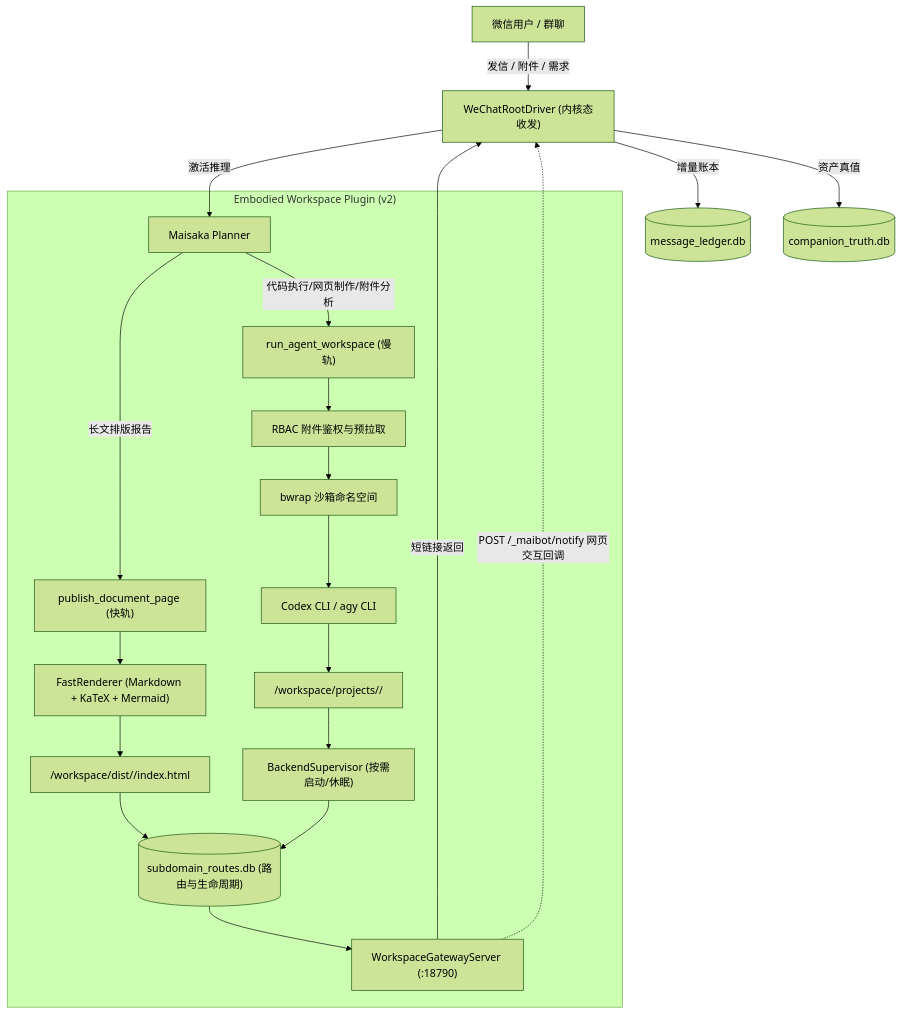
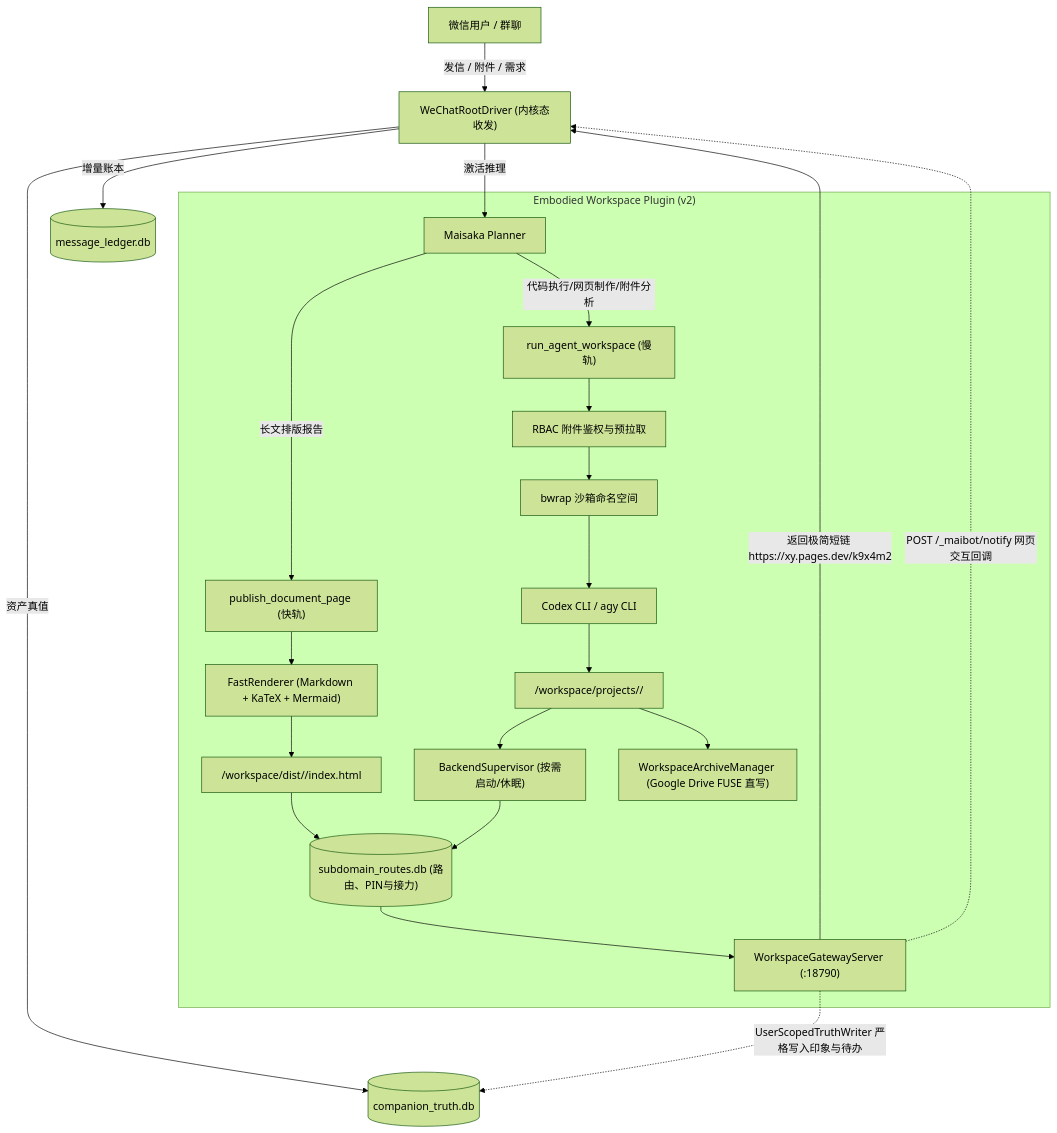
The first of 5 diagrams in docs/EMBODIED_WORKSPACE_ITERATION.md (paff67/MaiBot), drawn with Mermaid (forest theme) before and after one commit. The commit also changed other lines of this file and 8 other files, not shown here.

Commit message:
feat(workspace): implement phase 2 single-level domain, CF Pages trampoline, truth isolation, and auth handoff

````diff
--- a/docs/EMBODIED_WORKSPACE_ITERATION.md
+++ b/docs/EMBODIED_WORKSPACE_ITERATION.md
@@ -46,31 +52,33 @@
 ```mermaid
 flowchart TD
     User["微信用户 / 群聊"] -->|发信 / 附件 / 需求| WeChatDriver["WeChatRootDriver (内核态收发)"]
     WeChatDriver -->|增量账本| Ledger[("message_ledger.db")]
     WeChatDriver -->|资产真值| Truth[("companion_truth.db")]
     
     WeChatDriver -->|激活推理| Planner["Maisaka Planner"]
     
     subgraph EmbodiedWorkspacePlugin["Embodied Workspace Plugin (v2)"]
         Planner -->|长文排版报告| FastTrack["publish_document_page (快轨)"]
         Planner -->|代码执行/网页制作/附件分析| SlowTrack["run_agent_workspace (慢轨)"]
         
         FastTrack --> FastRender["FastRenderer (Markdown + KaTeX + Mermaid)"]
         FastRender --> StaticDist["/workspace/dist/<slug>/index.html"]
         
         SlowTrack --> RBAC["RBAC 附件鉴权与预拉取"]
         RBAC --> BwrapSandbox["bwrap 沙箱命名空间"]
         BwrapSandbox --> CLI["Codex CLI / agy CLI"]
         CLI --> AppWorkspace["/workspace/projects/<slug>/"]
         AppWorkspace --> Supervisor["BackendSupervisor (按需启动/休眠)"]
+        AppWorkspace --> Archive["WorkspaceArchiveManager (Google Drive FUSE 直写)"]
         
-        Router[("subdomain_routes.db (路由与生命周期)")]
+        Router[("subdomain_routes.db (路由、PIN与接力)")]
         Gateway["WorkspaceGatewayServer (:18790)"]
     end
     
     StaticDist --> Router
     Supervisor --> Router
     Router --> Gateway
-    Gateway -->|短链接返回| WeChatDriver
+    Gateway -->|返回极简短链 https://xy.pages.dev/k9x4m2| WeChatDriver
     Gateway -.->|POST /_maibot/notify 网页交互回调| WeChatDriver
+    Gateway -.->|UserScopedTruthWriter 严格写入印象与待办| Truth
 ```
````
